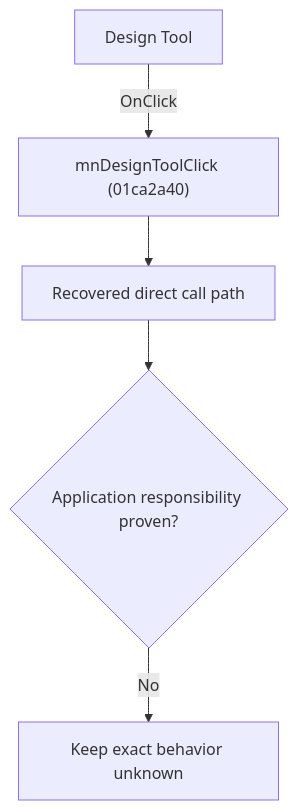
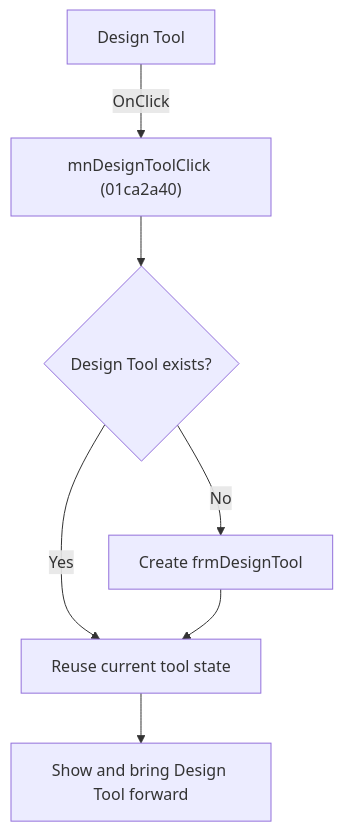
The diagram in docs/ui-controls/schematiceditor/mndesigntool-3593fe083f.md (MovGP0/TIARA), drawn with Mermaid before and after one commit. The commit also changed other lines of this file and 241 other files, not shown here.

````diff
--- a/docs/ui-controls/schematiceditor/mndesigntool-3593fe083f.md
+++ b/docs/ui-controls/schematiceditor/mndesigntool-3593fe083f.md
@@ -27,7 +27,9 @@
 ```mermaid
 flowchart TD
-    control["Design Tool"] -->|"OnClick"| handler["mnDesignToolClick (01ca2a40)"]
-    handler --> recovered["Recovered direct call path"]
-    recovered --> gap{"Application responsibility proven?"}
-    gap -->|"No"| blocked["Keep exact behavior unknown"]
+    control["Design Tool"] -->|OnClick| handler["mnDesignToolClick (01ca2a40)"]
+    handler --> exists{"Design Tool exists?"}
+    exists -->|No| create["Create frmDesignTool"]
+    exists -->|Yes| show["Reuse current tool state"]
+    create --> show
+    show --> activate["Show and bring Design Tool forward"]
 ```
````
